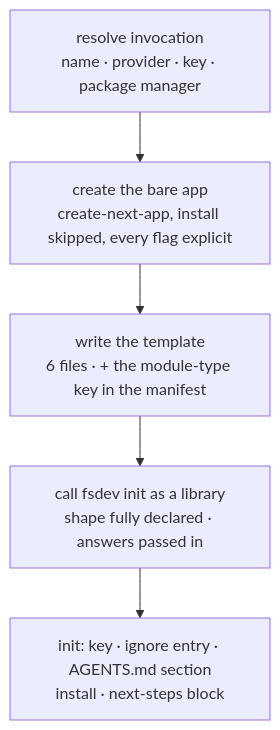
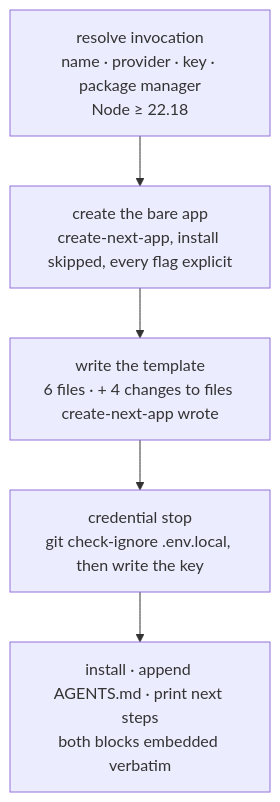
The diagram in spec/FIX-548.md (fixpoint-labs/flow-state-dev), drawn with Mermaid before and after one commit. The commit also changed other lines of this file, not shown here.

````diff
--- a/spec/FIX-548.md
+++ b/spec/FIX-548.md
@@ -408,7 +571,7 @@
 ```mermaid
 flowchart TB
-  A[resolve invocation<br/>name · provider · key · package manager] --> B[create the bare app<br/>create-next-app, install skipped, every flag explicit]
-  B --> C[write the template<br/>6 files · + the module-type key in the manifest]
-  C --> D[call fsdev init as a library<br/>shape fully declared · answers passed in]
-  D --> E[init: key · ignore entry · AGENTS.md section<br/>install · next-steps block]
+  A[resolve invocation<br/>name · provider · key · package manager<br/>Node ≥ 22.18] --> B[create the bare app<br/>create-next-app, install skipped, every flag explicit]
+  B --> C[write the template<br/>6 files · + 4 changes to files create-next-app wrote]
+  C --> D[credential stop<br/>git check-ignore .env.local, then write the key]
+  D --> E[install · append AGENTS.md · print next steps<br/>both blocks embedded verbatim]
 ```
````
